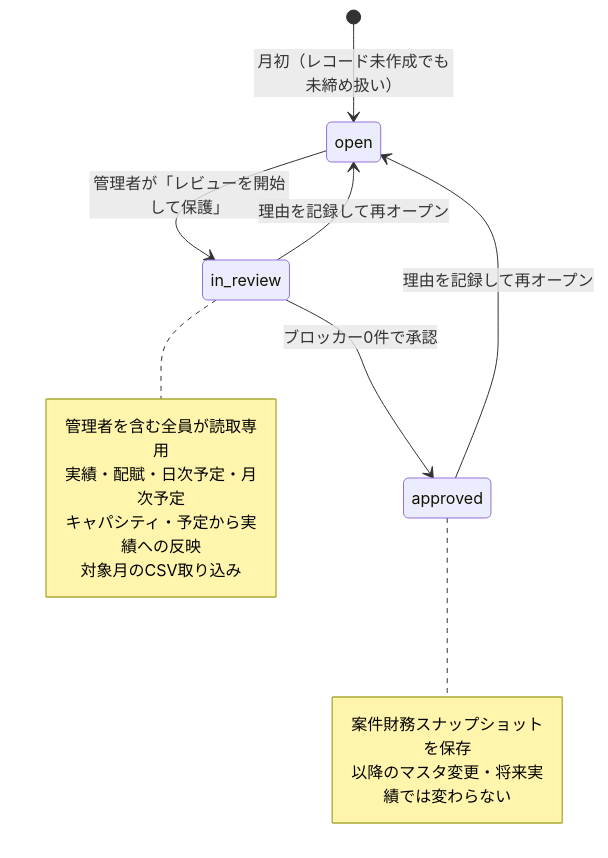
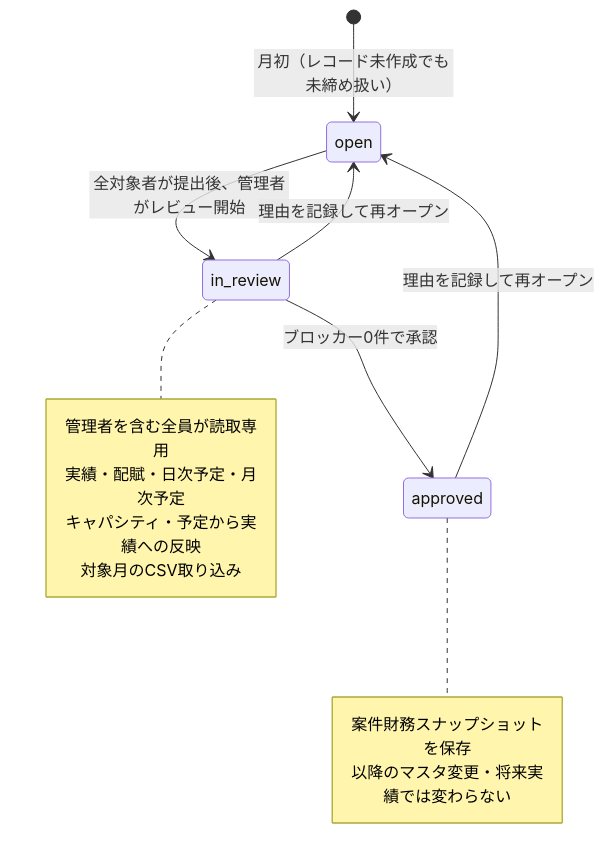
One commit to xkazuchika/kosu changed the second of 2 diagrams in docs/business-flow.md. Above: the diagram before and after it, drawn with Mermaid. The commit also changed other lines of this file and 42 other files, not shown here.

````diff
--- a/docs/business-flow.md
+++ b/docs/business-flow.md
@@ -93,20 +95,20 @@
 ```mermaid
 stateDiagram-v2
     [*] --> open: 月初（レコード未作成でも未締め扱い）
-    open --> in_review: 管理者が「レビューを開始して保護」
+    open --> in_review: 全対象者が提出後、管理者がレビュー開始
     in_review --> approved: ブロッカー0件で承認
     in_review --> open: 理由を記録して再オープン
     approved --> open: 理由を記録して再オープン
 
     note right of in_review
         管理者を含む全員が読取専用
         実績・配賦・日次予定・月次予定
         キャパシティ・予定から実績への反映
         対象月のCSV取り込み
     end note
 
     note right of approved
         案件財務スナップショットを保存
         以降のマスタ変更・将来実績では変わらない
     end note
 ```
````
